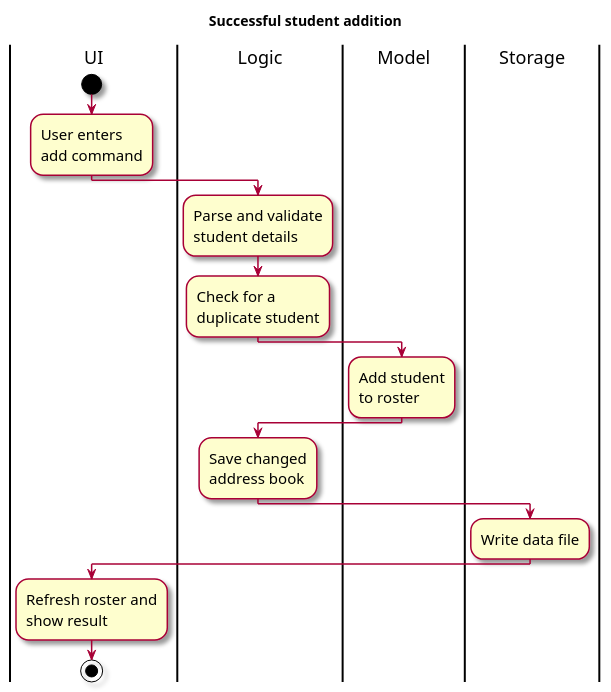
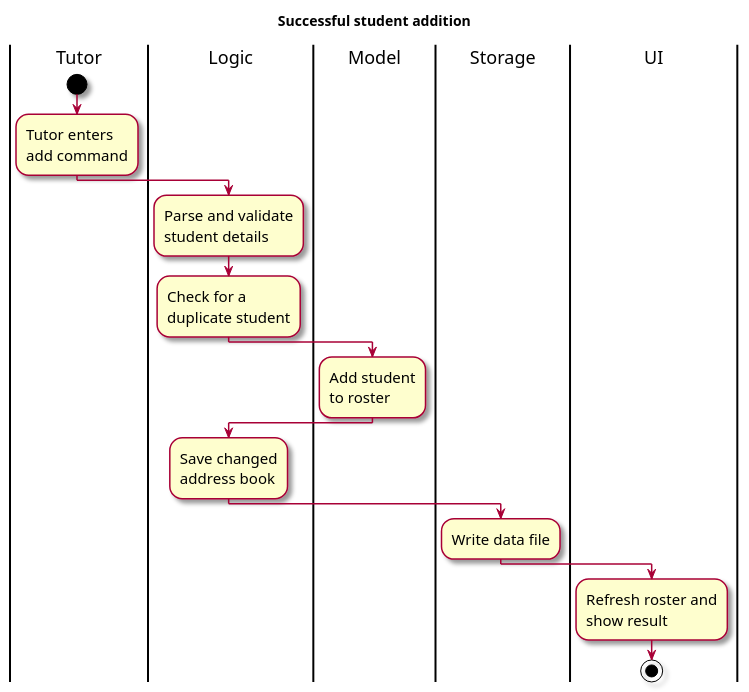
The diagram in docs/diagrams/AddStudentActivityDiagram.puml (AY2627S1-CS2103T-F09-1/tp), drawn with PlantUML before and after one commit. The commit also changed 1 other file, not shown here.

```diff
--- a/docs/diagrams/AddStudentActivityDiagram.puml
+++ b/docs/diagrams/AddStudentActivityDiagram.puml
@@ -1,29 +1,29 @@
 @startuml
 skin rose
 skinparam ActivityFontSize 15
 skinparam ArrowFontSize 12
 
 title Successful student addition
 
-|UI|
+|Tutor|
 start
-:User enters
+:Tutor enters
 add command;
 |Logic|
 :Parse and validate
 student details;
 :Check for a
 duplicate student;
 |Model|
 :Add student
 to roster;
 |Logic|
 :Save changed
 address book;
 |Storage|
 :Write data file;
 |UI|
 :Refresh roster and
 show result;
 stop
 @enduml
```
